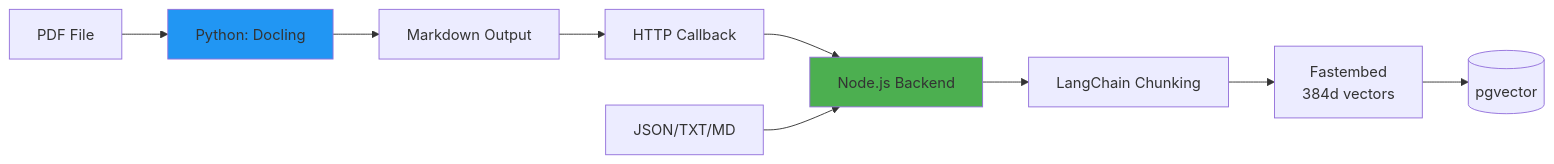
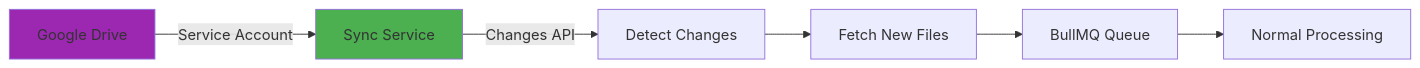
The fifth of 7 diagrams in docs/ARCHITECTURE.md (namtroi/RAGBase), drawn with Mermaid before and after one commit. The commit also changed other lines of this file and 7 other files, not shown here.

Commit message:
docs: update API and Architecture for Phase 2, add Phase 3 specs and roadmap

````diff
--- a/docs/ARCHITECTURE.md
+++ b/docs/ARCHITECTURE.md
@@ -127,16 +155,11 @@
 ```mermaid
 graph LR
-    PDF[PDF File] --> Python[Python: Docling]
-    Python --> MD[Markdown Output]
-    MD --> Callback[HTTP Callback]
-    Callback --> Node[Node.js Backend]
+    Drive[Google Drive] -->|Service Account| Sync[Sync Service]
+    Sync -->|Changes API| Detect[Detect Changes]
+    Detect --> Fetch[Fetch New Files]
+    Fetch --> Queue[BullMQ Queue]
+    Queue --> Process[Normal Processing]
     
-    JSON[JSON/TXT/MD] --> Node
-    
-    Node --> Chunk[LangChain Chunking]
-    Chunk --> Embed[Fastembed<br/>384d vectors]
-    Embed --> PG[(pgvector)]
-    
-    style Python fill:#2196F3
-    style Node fill:#4CAF50
+    style Drive fill:#9C27B0
+    style Sync fill:#4CAF50
 ```
````
